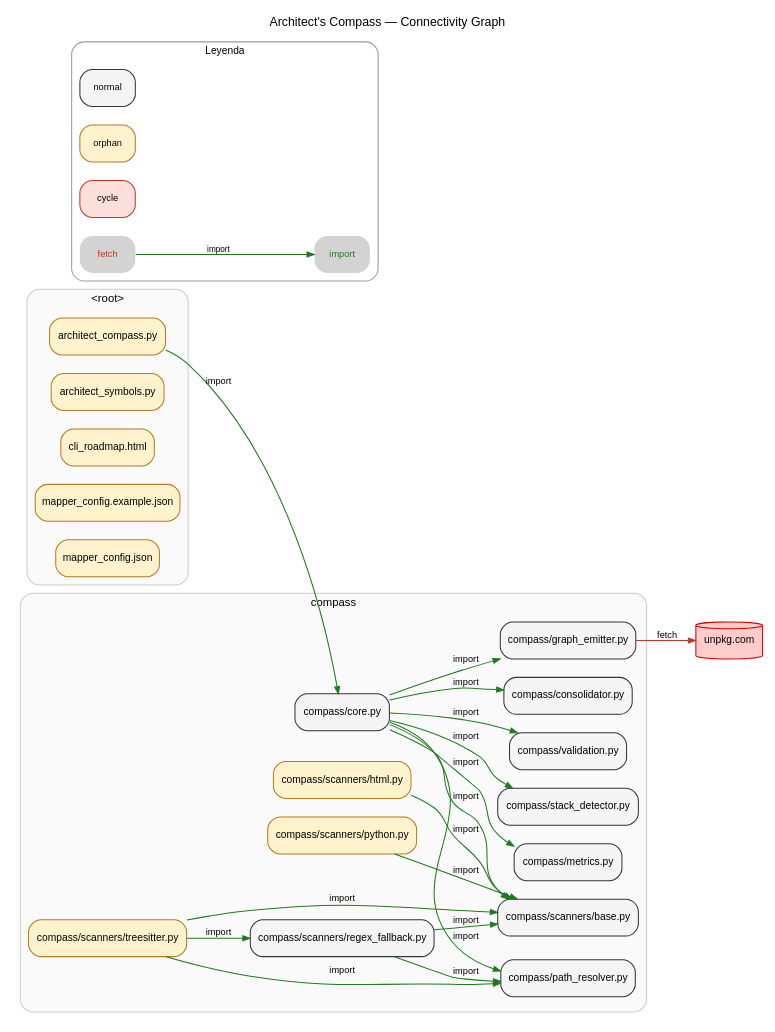
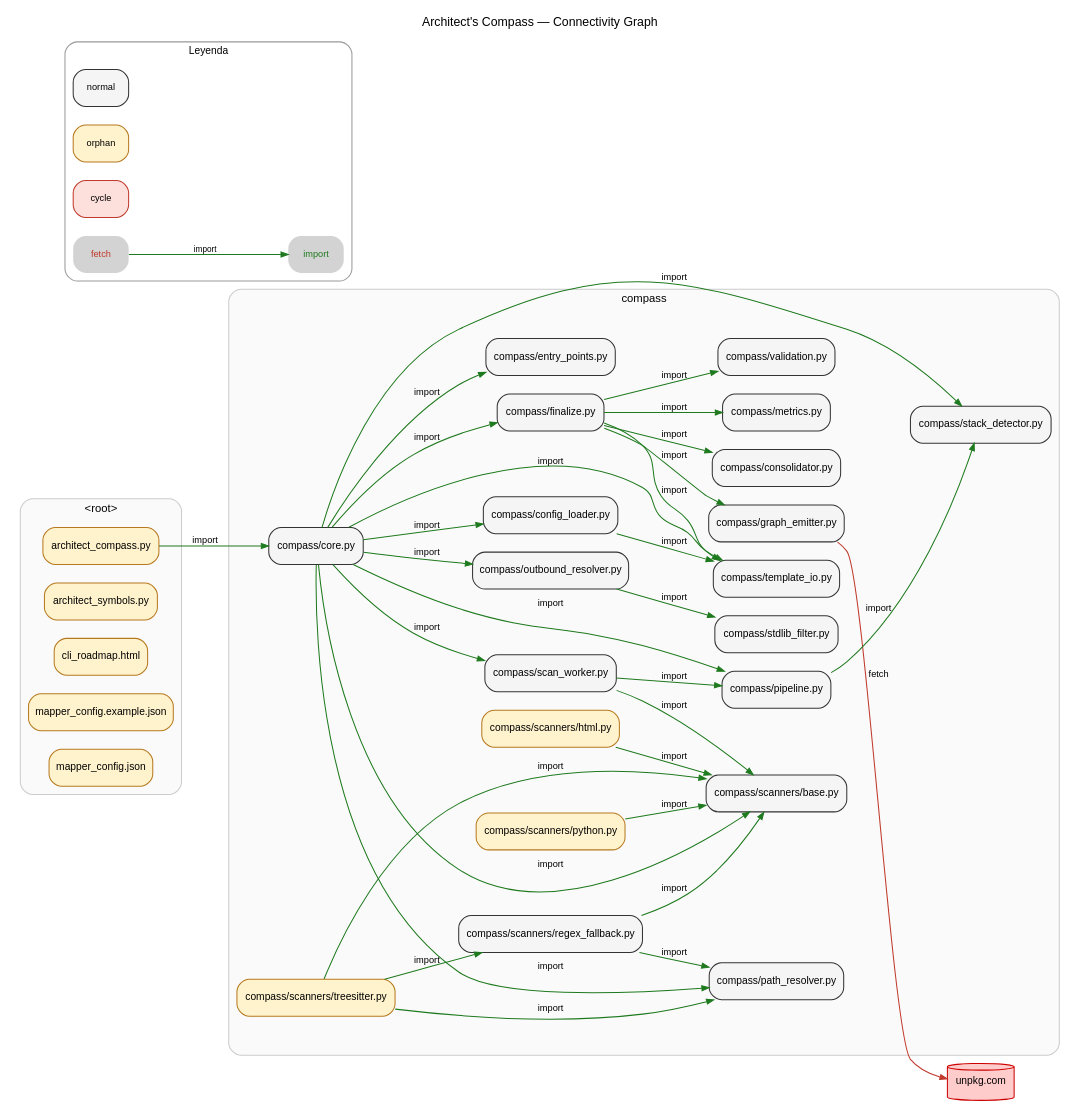
Before and after one commit to betovildoza/Architect_compass: the diagram in .map/connectivity.dot, drawn with Graphviz. The commit also changed 14 other files, not shown here.

Commit message:
Resumen S11.5 — REF-033 / core.py (residual)	239 outbound_resolver.py	536 finalize.py	496 pipeline.py	491 scan_worker.py	240 config_loader.py	215 template_io.py	201 entry_points.py	171 stdlib_filter.py	79

```diff
--- a/.map/connectivity.dot
+++ b/.map/connectivity.dot
@@ -1,64 +1,85 @@
 digraph G {
     rankdir=LR;
     concentrate=false; compound=true;
     graph [fontname="Arial", fontsize=12, labelloc="t", label="Architect's Compass — Connectivity Graph"];
     node [style="rounded,filled", fontname="Arial", fontsize=10];
     edge [arrowsize=0.7];
     subgraph "cluster_<root>" {
         label="<root>";
         style="rounded,filled";
         fillcolor="#fafafa"; color="#cccccc";
         fontname="Arial"; fontsize=11;
         "architect_compass.py" [shape=box, fillcolor="#fff3cd", color="#b7791f"];
         "architect_symbols.py" [shape=box, fillcolor="#fff3cd", color="#b7791f"];
         "cli_roadmap.html" [shape=box, fillcolor="#fff3cd", color="#b7791f"];
         "mapper_config.example.json" [shape=box, fillcolor="#fff3cd", color="#b7791f"];
         "mapper_config.json" [shape=box, fillcolor="#fff3cd", color="#b7791f"];
     }
     subgraph "cluster_compass" {
         label="compass";
         style="rounded,filled";
         fillcolor="#fafafa"; color="#cccccc";
         fontname="Arial"; fontsize=11;
+        "compass/config_loader.py" [shape=box, fillcolor="#f5f5f5", color="#333333"];
         "compass/consolidator.py" [shape=box, fillcolor="#f5f5f5", color="#333333"];
         "compass/core.py" [shape=box, fillcolor="#f5f5f5", color="#333333"];
+        "compass/entry_points.py" [shape=box, fillcolor="#f5f5f5", color="#333333"];
+        "compass/finalize.py" [shape=box, fillcolor="#f5f5f5", color="#333333"];
         "compass/graph_emitter.py" [shape=box, fillcolor="#f5f5f5", color="#333333"];
         "compass/metrics.py" [shape=box, fillcolor="#f5f5f5", color="#333333"];
+        "compass/outbound_resolver.py" [shape=box, fillcolor="#f5f5f5", color="#333333"];
         "compass/path_resolver.py" [shape=box, fillcolor="#f5f5f5", color="#333333"];
+        "compass/pipeline.py" [shape=box, fillcolor="#f5f5f5", color="#333333"];
+        "compass/scan_worker.py" [shape=box, fillcolor="#f5f5f5", color="#333333"];
         "compass/scanners/base.py" [shape=box, fillcolor="#f5f5f5", color="#333333"];
         "compass/scanners/html.py" [shape=box, fillcolor="#fff3cd", color="#b7791f"];
         "compass/scanners/python.py" [shape=box, fillcolor="#fff3cd", color="#b7791f"];
         "compass/scanners/regex_fallback.py" [shape=box, fillcolor="#f5f5f5", color="#333333"];
         "compass/scanners/treesitter.py" [shape=box, fillcolor="#fff3cd", color="#b7791f"];
         "compass/stack_detector.py" [shape=box, fillcolor="#f5f5f5", color="#333333"];
+        "compass/stdlib_filter.py" [shape=box, fillcolor="#f5f5f5", color="#333333"];
+        "compass/template_io.py" [shape=box, fillcolor="#f5f5f5", color="#333333"];
         "compass/validation.py" [shape=box, fillcolor="#f5f5f5", color="#333333"];
     }
     "[EXTERNAL:unpkg.com]" [label="unpkg.com", shape=cylinder, style=filled, fillcolor="#ffcccc", color="#cc0000", fontname="Arial"];
     "architect_compass.py" -> "compass/core.py" [label="import", color="#1f7a1f", fontname="Arial", fontsize=9];
-    "compass/core.py" -> "compass/consolidator.py" [label="import", color="#1f7a1f", fontname="Arial", fontsize=9];
-    "compass/core.py" -> "compass/graph_emitter.py" [label="import", color="#1f7a1f", fontname="Arial", fontsize=9];
-    "compass/core.py" -> "compass/metrics.py" [label="import", color="#1f7a1f", fontname="Arial", fontsize=9];
+    "compass/config_loader.py" -> "compass/template_io.py" [label="import", color="#1f7a1f", fontname="Arial", fontsize=9];
+    "compass/core.py" -> "compass/config_loader.py" [label="import", color="#1f7a1f", fontname="Arial", fontsize=9];
+    "compass/core.py" -> "compass/entry_points.py" [label="import", color="#1f7a1f", fontname="Arial", fontsize=9];
+    "compass/core.py" -> "compass/finalize.py" [label="import", color="#1f7a1f", fontname="Arial", fontsize=9];
+    "compass/core.py" -> "compass/outbound_resolver.py" [label="import", color="#1f7a1f", fontname="Arial", fontsize=9];
     "compass/core.py" -> "compass/path_resolver.py" [label="import", color="#1f7a1f", fontname="Arial", fontsize=9];
+    "compass/core.py" -> "compass/pipeline.py" [label="import", color="#1f7a1f", fontname="Arial", fontsize=9];
+    "compass/core.py" -> "compass/scan_worker.py" [label="import", color="#1f7a1f", fontname="Arial", fontsize=9];
     "compass/core.py" -> "compass/scanners/base.py" [label="import", color="#1f7a1f", fontname="Arial", fontsize=9];
     "compass/core.py" -> "compass/stack_detector.py" [label="import", color="#1f7a1f", fontname="Arial", fontsize=9];
-    "compass/core.py" -> "compass/validation.py" [label="import", color="#1f7a1f", fontname="Arial", fontsize=9];
+    "compass/core.py" -> "compass/template_io.py" [label="import", color="#1f7a1f", fontname="Arial", fontsize=9];
+    "compass/finalize.py" -> "compass/consolidator.py" [label="import", color="#1f7a1f", fontname="Arial", fontsize=9];
+    "compass/finalize.py" -> "compass/graph_emitter.py" [label="import", color="#1f7a1f", fontname="Arial", fontsize=9];
+    "compass/finalize.py" -> "compass/metrics.py" [label="import", color="#1f7a1f", fontname="Arial", fontsize=9];
+    "compass/finalize.py" -> "compass/template_io.py" [label="import", color="#1f7a1f", fontname="Arial", fontsize=9];
+    "compass/finalize.py" -> "compass/validation.py" [label="import", color="#1f7a1f", fontname="Arial", fontsize=9];
     "compass/graph_emitter.py" -> "[EXTERNAL:unpkg.com]" [label="fetch", color="#c0392b", fontname="Arial", fontsize=9];
+    "compass/outbound_resolver.py" -> "compass/stdlib_filter.py" [label="import", color="#1f7a1f", fontname="Arial", fontsize=9];
+    "compass/pipeline.py" -> "compass/stack_detector.py" [label="import", color="#1f7a1f", fontname="Arial", fontsize=9];
+    "compass/scan_worker.py" -> "compass/pipeline.py" [label="import", color="#1f7a1f", fontname="Arial", fontsize=9];
+    "compass/scan_worker.py" -> "compass/scanners/base.py" [label="import", color="#1f7a1f", fontname="Arial", fontsize=9];
     "compass/scanners/html.py" -> "compass/scanners/base.py" [label="import", color="#1f7a1f", fontname="Arial", fontsize=9];
     "compass/scanners/python.py" -> "compass/scanners/base.py" [label="import", color="#1f7a1f", fontname="Arial", fontsize=9];
     "compass/scanners/regex_fallback.py" -> "compass/path_resolver.py" [label="import", color="#1f7a1f", fontname="Arial", fontsize=9];
     "compass/scanners/regex_fallback.py" -> "compass/scanners/base.py" [label="import", color="#1f7a1f", fontname="Arial", fontsize=9];
     "compass/scanners/treesitter.py" -> "compass/path_resolver.py" [label="import", color="#1f7a1f", fontname="Arial", fontsize=9];
     "compass/scanners/treesitter.py" -> "compass/scanners/base.py" [label="import", color="#1f7a1f", fontname="Arial", fontsize=9];
     "compass/scanners/treesitter.py" -> "compass/scanners/regex_fallback.py" [label="import", color="#1f7a1f", fontname="Arial", fontsize=9];
     subgraph "cluster_legend" {
         label="Leyenda"; style="rounded,filled";
         fillcolor="#ffffff"; color="#999999";
         fontname="Arial"; fontsize=10; rank=sink;
         "_legend_node_normal" [label="normal", fillcolor="#f5f5f5", color="#333333", shape=box, style="rounded,filled", fontname="Arial", fontsize=9];
         "_legend_node_orphan" [label="orphan", fillcolor="#fff3cd", color="#b7791f", shape=box, style="rounded,filled", fontname="Arial", fontsize=9];
         "_legend_node_cycle" [label="cycle", fillcolor="#fde0dc", color="#c0392b", shape=box, style="rounded,filled", fontname="Arial", fontsize=9];
         "_legend_edge_fetch" [label="fetch", shape=plaintext, fontname="Arial", fontsize=9, fontcolor="#c0392b"];
         "_legend_edge_import" [label="import", shape=plaintext, fontname="Arial", fontsize=9, fontcolor="#1f7a1f"];
         "_legend_edge_fetch" -> "_legend_edge_import" [color="#1f7a1f", label="import", fontname="Arial", fontsize=8];
     }
 }
```
